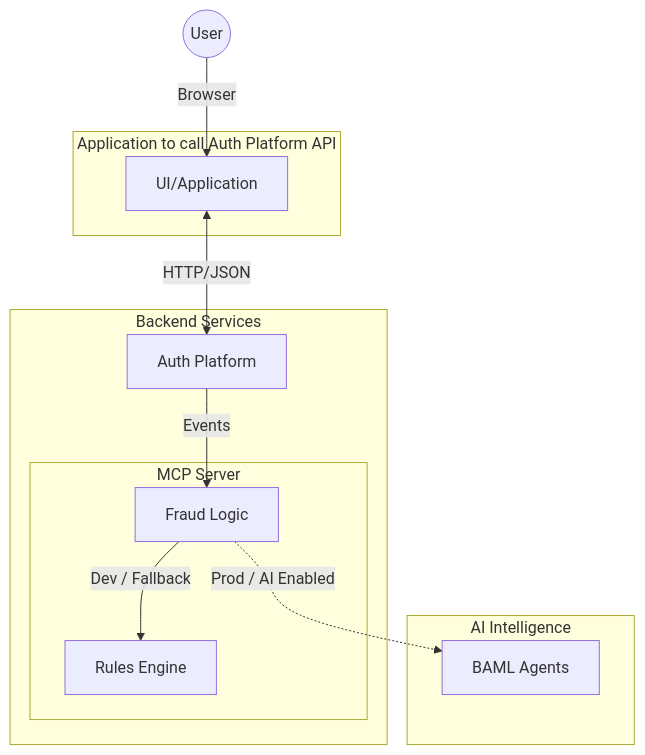
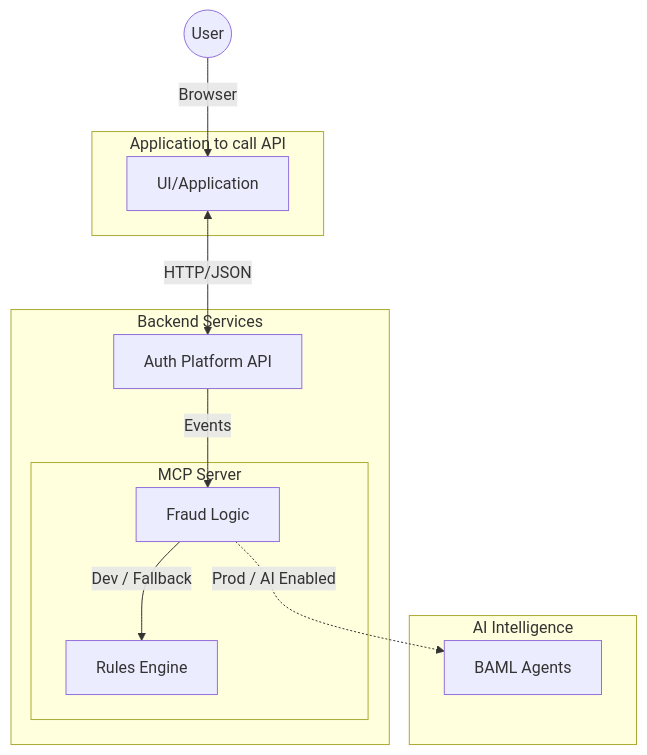
One commit to fayedraza/authentication-service changed the first of 2 diagrams in README.md. Above: the diagram before and after it, drawn with Mermaid. The commit also changed other lines of this file, not shown here.

````diff
--- a/README.md
+++ b/README.md
@@ -18,23 +18,23 @@
 ```mermaid
 graph TD
     User((User))
-    subgraph "Application to call Auth Platform API"
+    subgraph "Application to call API"
         UI["UI/Application"]
     end
     subgraph "Backend Services"
-        Auth["Auth Platform"]
+        Auth["Auth Platform API"]
         subgraph "MCP Server"
             Logic[Fraud Logic]
             Rules["Rules Engine"]
         end
     end
     subgraph "AI Intelligence"
         Agents["BAML Agents"]
     end
 
     User -->|Browser| UI
     UI <-->|HTTP/JSON| Auth
     Auth -- Events --> Logic
     Logic -->|Dev / Fallback| Rules
     Logic -.->|Prod / AI Enabled| Agents
 ```
````
